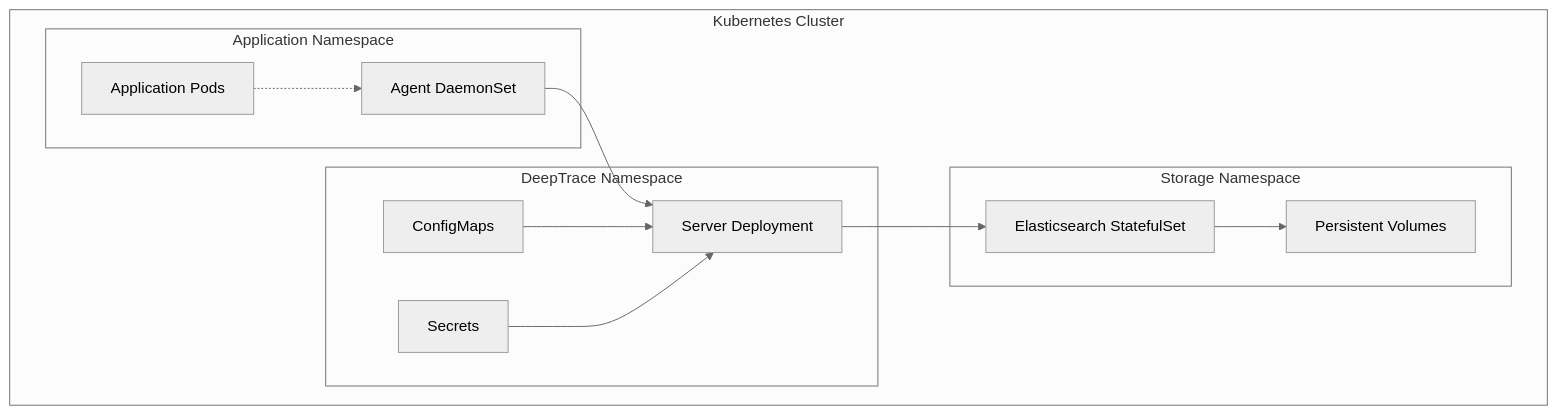
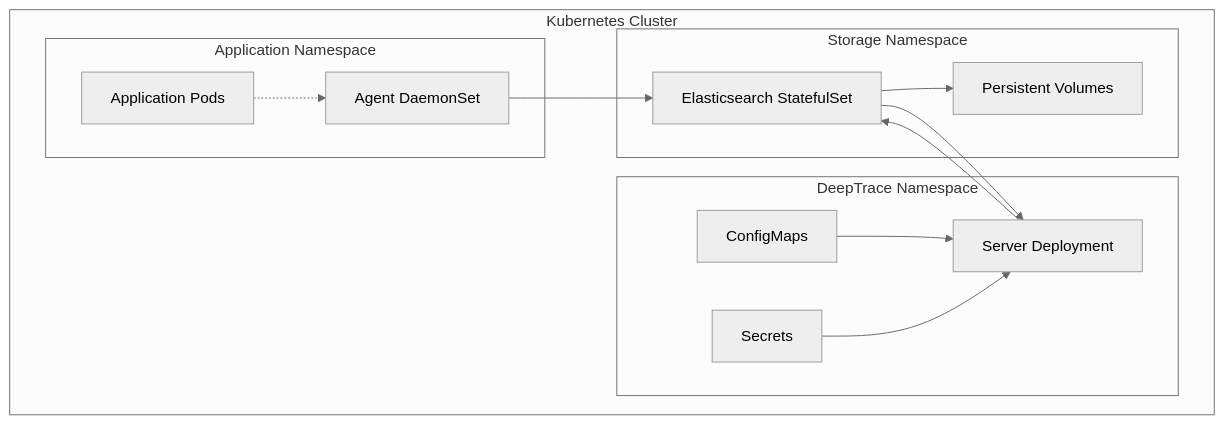
The seventh of 7 diagrams in docs/src/architecture/overview.md (DeepShield-AI/DeepTrace), drawn with Mermaid (neutral theme) before and after one commit. The commit also changed other lines of this file and 5 other files, not shown here.

````diff
--- a/docs/src/architecture/overview.md
+++ b/docs/src/architecture/overview.md
@@ -300,27 +304,28 @@
 ```mermaid
 graph TB
     subgraph "Kubernetes Cluster"
         subgraph "Application Namespace"
             PODS[Application Pods]
             AGENTS[Agent DaemonSet]
         end
         
         subgraph "DeepTrace Namespace"
             SERVERS[Server Deployment]
             CONFIG[ConfigMaps]
             SECRETS[Secrets]
         end
         
         subgraph "Storage Namespace"
             ES_CLUSTER[Elasticsearch StatefulSet]
             PV[Persistent Volumes]
         end
     end
     
     PODS -.-> AGENTS
-    AGENTS --> SERVERS
+    AGENTS --> ES_CLUSTER
+    ES_CLUSTER --> SERVERS
     SERVERS --> ES_CLUSTER
     CONFIG --> SERVERS
     SECRETS --> SERVERS
     ES_CLUSTER --> PV
 ```
````
